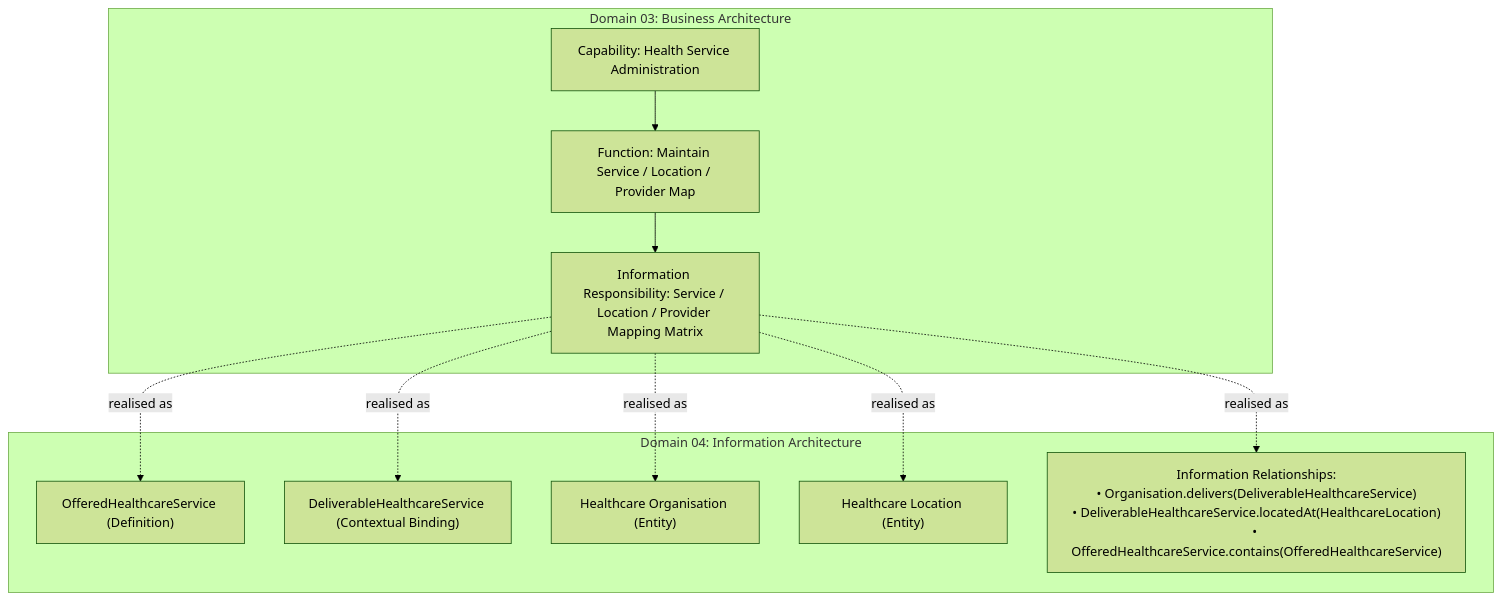
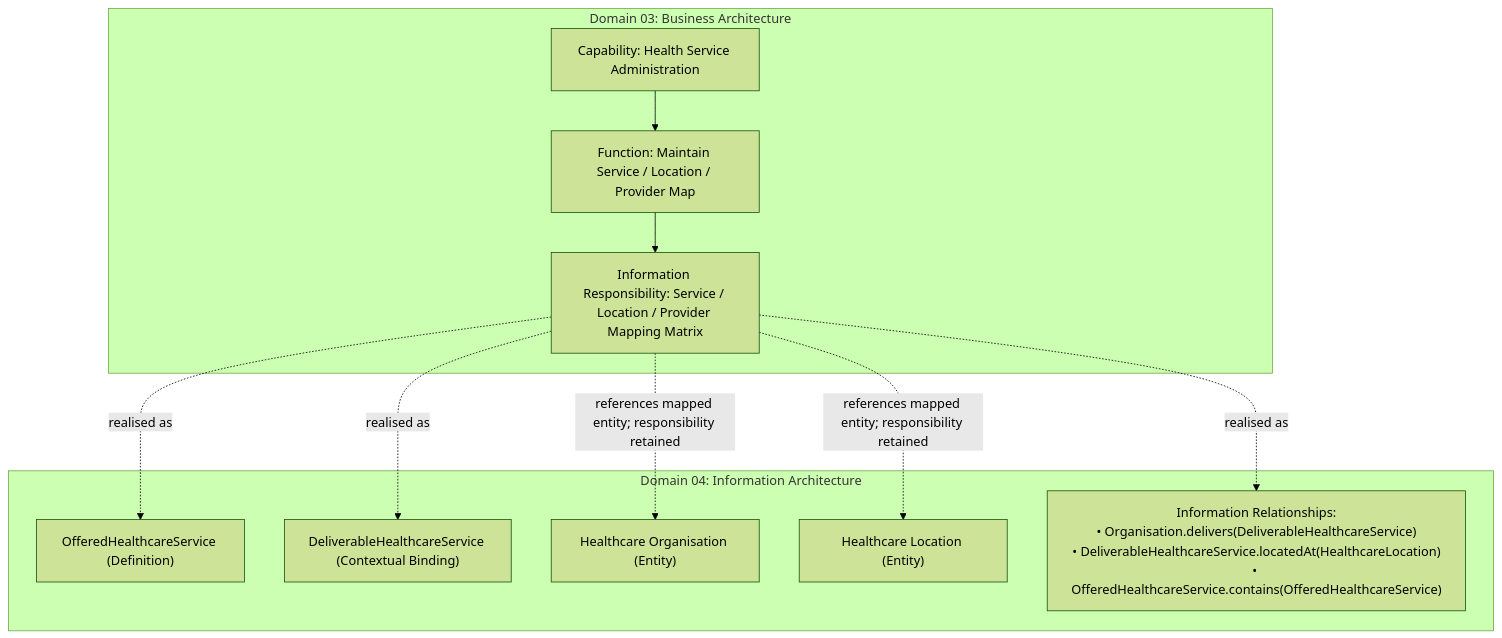
One commit to fhirfactory/harmonia changed the second of 2 diagrams in docs/markdown/04-information-architecture/traceability/domain03-traceability.md. Above: the diagram before and after it, drawn with Mermaid (forest theme). The commit also changed other lines of this file and 24 other files, not shown here.

````diff
--- a/docs/markdown/04-information-architecture/traceability/domain03-traceability.md
+++ b/docs/markdown/04-information-architecture/traceability/domain03-traceability.md
@@ -61,23 +62,23 @@
 ```mermaid
 graph TD
     subgraph D03 ["Domain 03: Business Architecture"]
         HSA["Capability: Health Service Administration"]
         FUNC_MAP["Function: Maintain Service / Location / Provider Map"]
         RESP_MAP["Information Responsibility: Service / Location / Provider Mapping Matrix"]
         HSA --> FUNC_MAP --> RESP_MAP
     end
 
     subgraph D04 ["Domain 04: Information Architecture"]
         OFFERED["OfferedHealthcareService (Definition)"]
         DELIV["DeliverableHealthcareService (Contextual Binding)"]
         ORG["Healthcare Organisation (Entity)"]
         LOC["Healthcare Location (Entity)"]
         REL_MAP["Information Relationships:<br/>• Organisation.delivers(DeliverableHealthcareService)<br/>• DeliverableHealthcareService.locatedAt(HealthcareLocation)<br/>• OfferedHealthcareService.contains(OfferedHealthcareService)"]
     end
 
     RESP_MAP -.->|"realised as"| OFFERED
     RESP_MAP -.->|"realised as"| DELIV
-    RESP_MAP -.->|"realised as"| ORG
-    RESP_MAP -.->|"realised as"| LOC
+    RESP_MAP -.->|"references mapped entity; responsibility retained"| ORG
+    RESP_MAP -.->|"references mapped entity; responsibility retained"| LOC
     RESP_MAP -.->|"realised as"| REL_MAP
 ```
````
